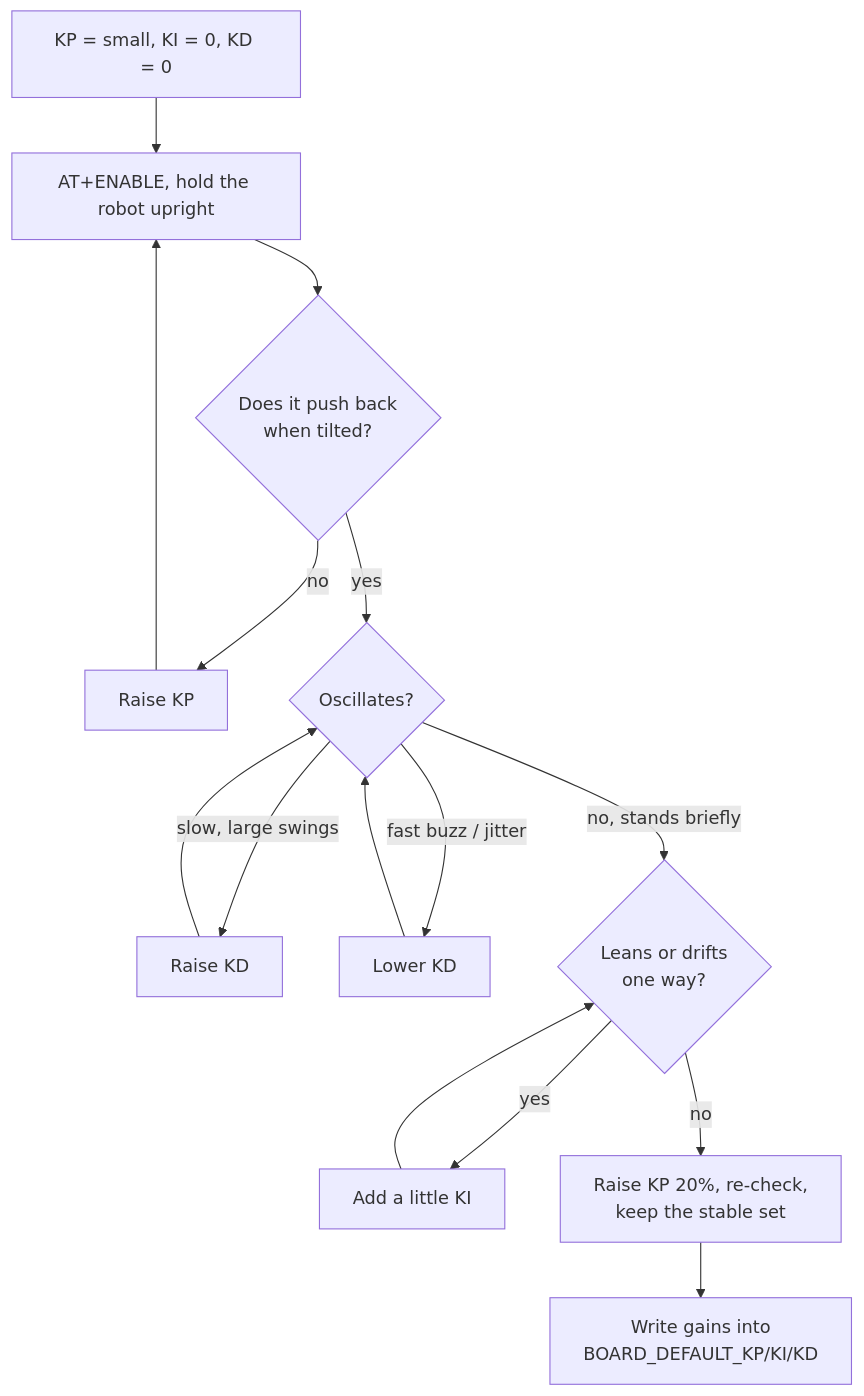
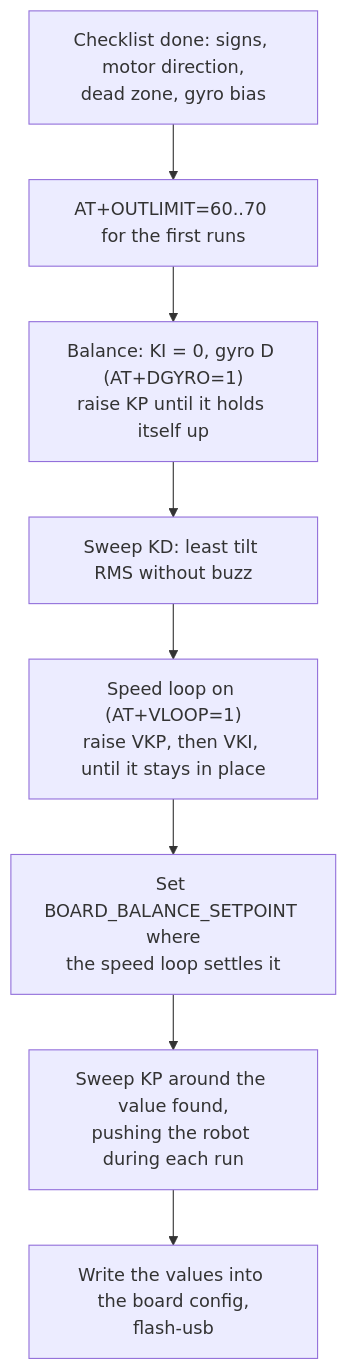
One commit to machadothi/balancing_robot changed the diagram in docs/09-tuning-and-experiments.md. Above: the diagram before and after it, drawn with Mermaid. The commit also changed other lines of this file and 1 other file, not shown here.

````diff
--- a/docs/09-tuning-and-experiments.md
+++ b/docs/09-tuning-and-experiments.md
@@ -87,13 +95,10 @@
 ```mermaid
 flowchart TD
-    START["KP = small, KI = 0, KD = 0"] --> ENABLE["AT+ENABLE, hold the robot upright"]
-    ENABLE --> CATCH{"Does it push back<br/>when tilted?"}
-    CATCH -->|"no"| RAISEP["Raise KP"] --> ENABLE
-    CATCH -->|"yes"| OSC{"Oscillates?"}
-    OSC -->|"slow, large swings"| RAISED["Raise KD"] --> OSC
-    OSC -->|"fast buzz / jitter"| LOWERD["Lower KD"] --> OSC
-    OSC -->|"no, stands briefly"| DRIFT{"Leans or drifts<br/>one way?"}
-    DRIFT -->|"yes"| RAISEI["Add a little KI"] --> DRIFT
-    DRIFT -->|"no"| MARGIN["Raise KP 20%, re-check,<br/>keep the stable set"]
-    MARGIN --> SAVE["Write gains into<br/>BOARD_DEFAULT_KP/KI/KD"]
+    PRE["Checklist done: signs, motor direction,<br/>dead zone, gyro bias"] --> CAP["AT+OUTLIMIT=60..70 for the first runs"]
+    CAP --> P["Balance: KI = 0, gyro D (AT+DGYRO=1)<br/>raise KP until it holds itself up"]
+    P --> D["Sweep KD: least tilt RMS without buzz"]
+    D --> SP["Speed loop on (AT+VLOOP=1)<br/>raise VKP, then VKI, until it stays in place"]
+    SP --> TRIM["Set BOARD_BALANCE_SETPOINT where<br/>the speed loop settles it"]
+    TRIM --> KP["Sweep KP around the value found,<br/>pushing the robot during each run"]
+    KP --> SAVE["Write the values into the board config,<br/>flash-usb"]
 ```
````
